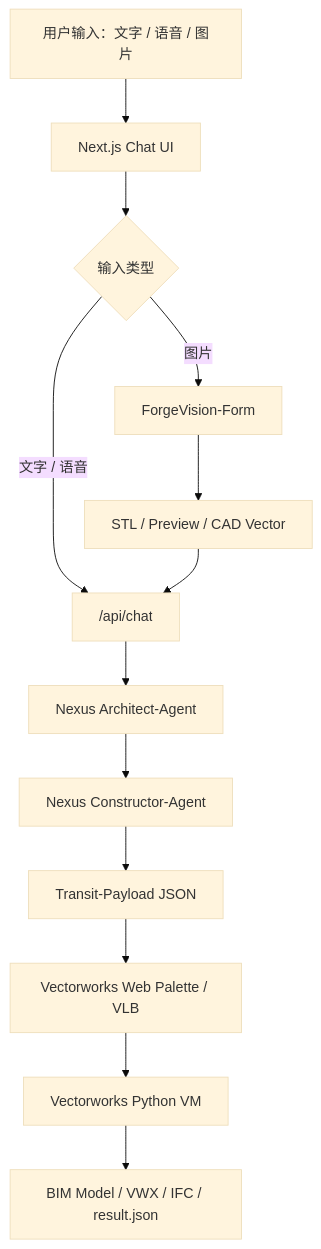
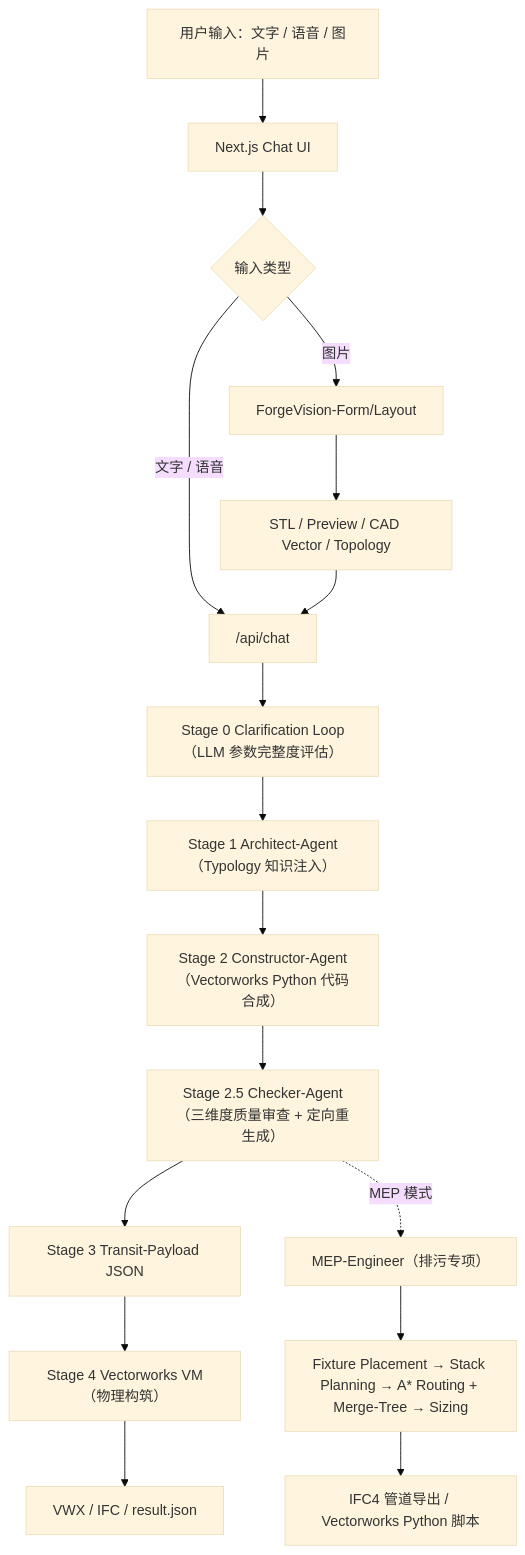
Before and after one commit to 17638340930/openbimforge: the diagram in README.md, drawn with Mermaid (base theme). The commit also changed other lines of this file and 81 other files, not shown here.

First line of the commit message:
feat: MEP drainage agent + typology knowledge + agent specialization + benchmark

````diff
--- a/README.md
+++ b/README.md
@@ -92,15 +27,19 @@
 ```mermaid
 flowchart TD
     A["用户输入：文字 / 语音 / 图片"] --> B["Next.js Chat UI"]
     B --> C{"输入类型"}
     C -->|"文字 / 语音"| D["/api/chat"]
-    C -->|"图片"| E["ForgeVision-Form"]
-    E --> F["STL / Preview / CAD Vector"]
+    C -->|"图片"| E["ForgeVision-Form/Layout"]
+    E --> F["STL / Preview / CAD Vector / Topology"]
     F --> D
-    D --> G["Nexus Architect-Agent"]
-    G --> H["Nexus Constructor-Agent"]
-    H --> I["Transit-Payload JSON"]
-    I --> J["Vectorworks Web Palette / VLB"]
-    J --> K["Vectorworks Python VM"]
-    K --> L["BIM Model / VWX / IFC / result.json"]
+    D --> G0["Stage 0 Clarification Loop（LLM 参数完整度评估）"]
+    G0 --> G["Stage 1 Architect-Agent（Typology 知识注入）"]
+    G --> H["Stage 2 Constructor-Agent（Vectorworks Python 代码合成）"]
+    H --> H2["Stage 2.5 Checker-Agent（三维度质量审查 + 定向重生成）"]
+    H2 --> I["Stage 3 Transit-Payload JSON"]
+    I --> J["Stage 4 Vectorworks VM（物理构筑）"]
+    J --> L["VWX / IFC / result.json"]
+    H2 -.MEP 模式.-> M["MEP-Engineer（排污专项）"]
+    M --> M1["Fixture Placement → Stack Planning → A* Routing + Merge-Tree → Sizing"]
+    M1 --> M2["IFC4 管道导出 / Vectorworks Python 脚本"]
 ```
````
